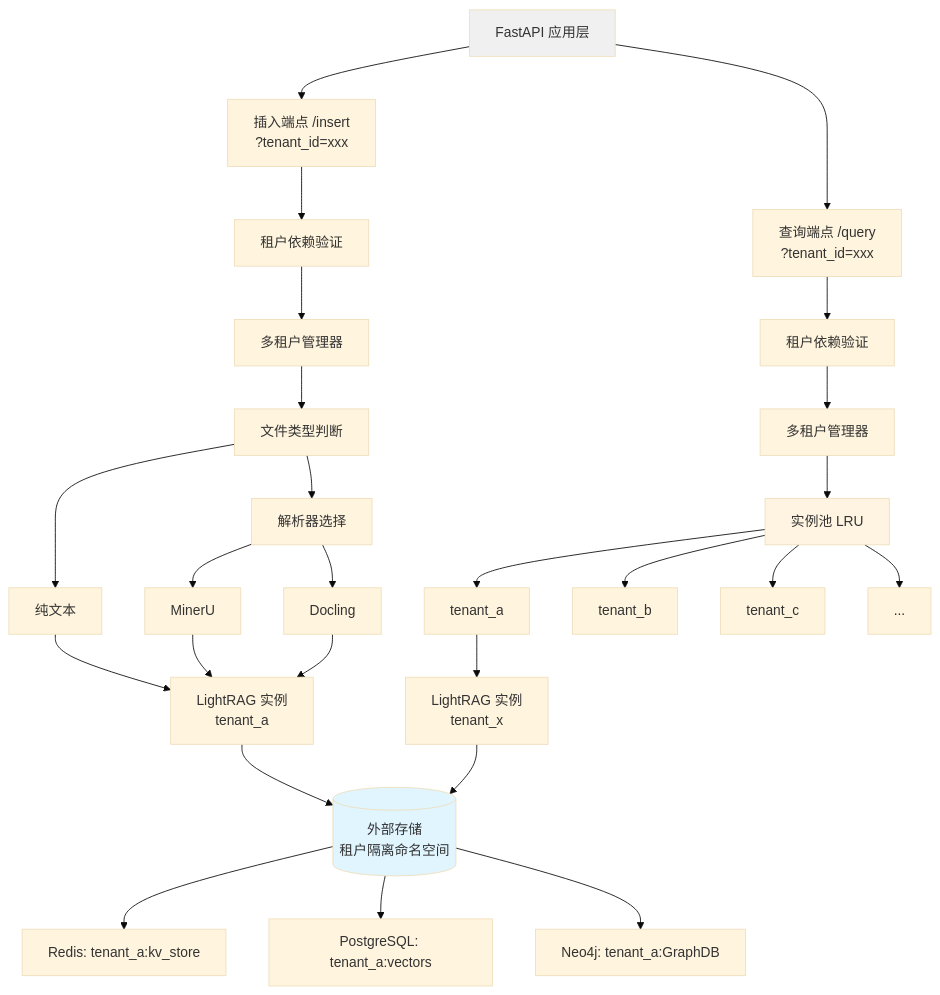
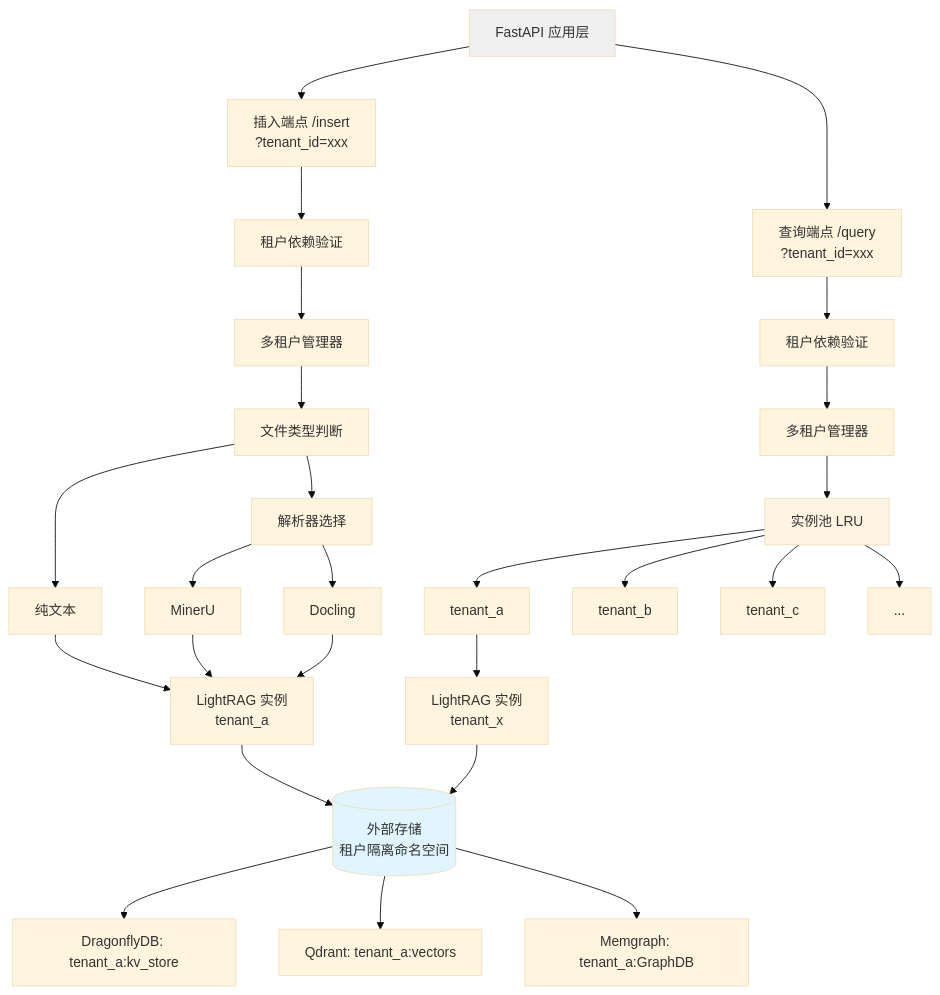
One commit to BukeLy/rag-api changed the first of 8 diagrams in docs/ARCHITECTURE.md. Above: the diagram before and after it, drawn with Mermaid (base theme). The commit also changed other lines of this file and 3 other files, not shown here.

First line of the commit message:
feat: 更新外部存储架构，集成 DragonflyDB、Qdrant 和 Memgraph

````diff
--- a/docs/ARCHITECTURE.md
+++ b/docs/ARCHITECTURE.md
@@ -27,41 +27,41 @@
 ```mermaid
 flowchart TD
     A[FastAPI 应用层] --> B[插入端点 /insert<br/>?tenant_id=xxx]
     A --> C[查询端点 /query<br/>?tenant_id=xxx]
 
     B --> D1[租户依赖验证]
     C --> D2[租户依赖验证]
 
     D1 --> E1[多租户管理器]
     D2 --> E2[多租户管理器]
 
     E1 --> F[文件类型判断]
     F --> G1[纯文本]
     F --> G2[解析器选择]
 
     G2 --> H1[MinerU]
     G2 --> H2[Docling]
 
     G1 --> I1[LightRAG 实例<br/>tenant_a]
     H1 --> I1
     H2 --> I1
 
     E2 --> J[实例池 LRU]
     J --> K1[tenant_a]
     J --> K2[tenant_b]
     J --> K3[tenant_c]
     J --> K4[...]
 
     K1 --> L[LightRAG 实例<br/>tenant_x]
 
     I1 --> M[(外部存储<br/>租户隔离命名空间)]
     L --> M
 
-    M --> N1[Redis: tenant_a:kv_store]
-    M --> N2[PostgreSQL: tenant_a:vectors]
-    M --> N3[Neo4j: tenant_a:GraphDB]
+    M --> N1[DragonflyDB: tenant_a:kv_store]
+    M --> N2[Qdrant: tenant_a:vectors]
+    M --> N3[Memgraph: tenant_a:GraphDB]
 
     style M fill:#e1f5ff
     style J fill:#fff4e1
     style A fill:#f0f0f0
 ```
````
